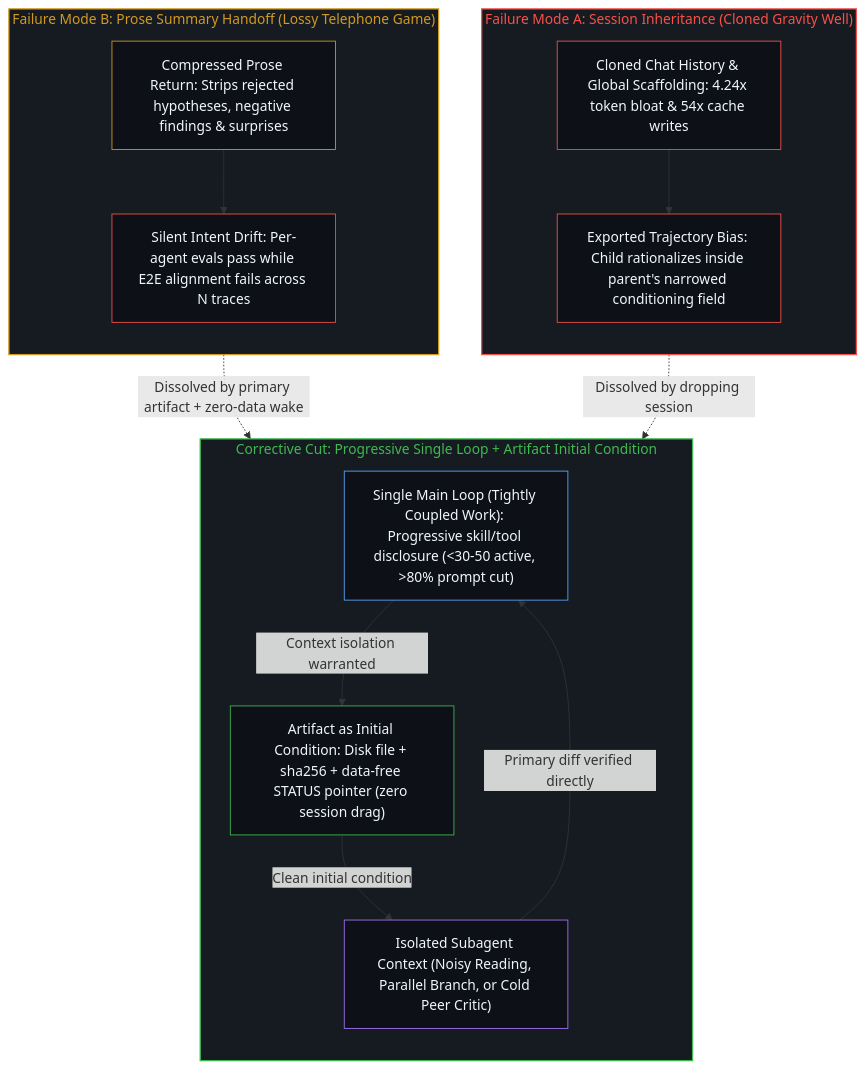
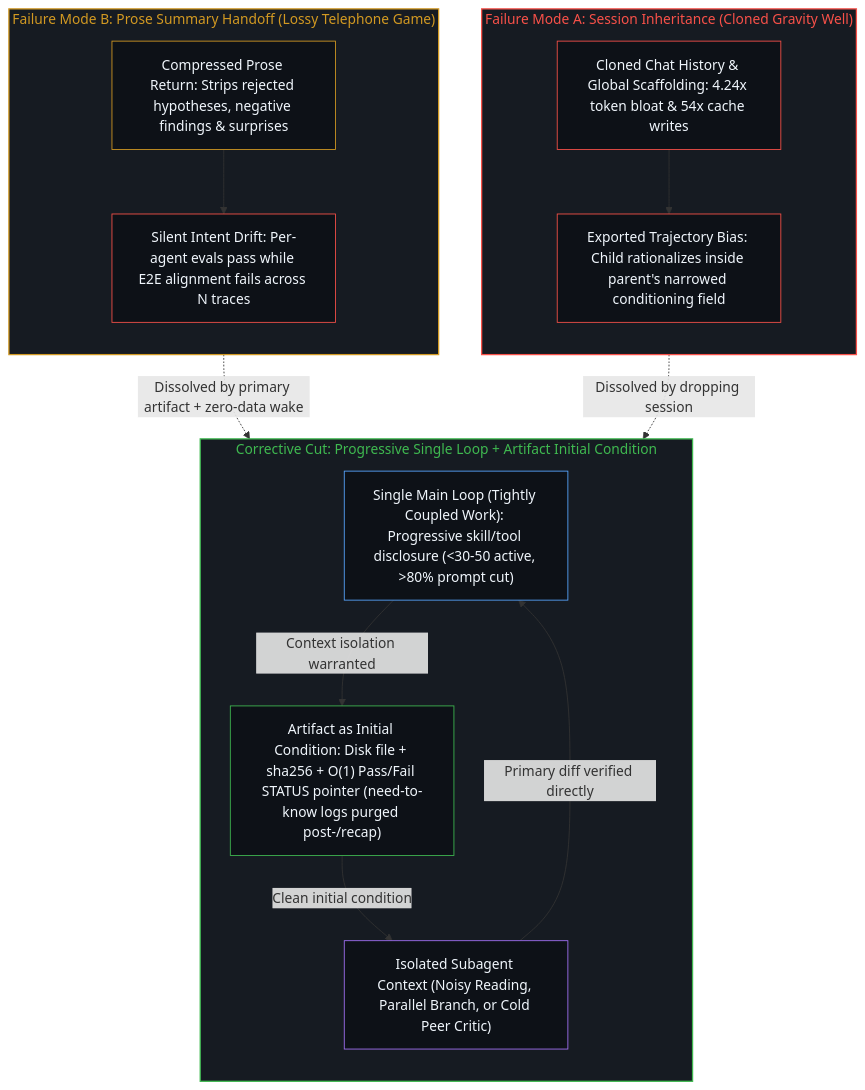
One commit to powerpig99/not-a-toe changed the second of 4 diagrams in content/posts/handing-off-residue.md. Above: the diagram before and after it, drawn with Mermaid. The commit also changed other lines of this file and 13 other files, not shown here.

Commit message:
Refine O(1) pass/fail returns, multi-layer recap escalation, and post-horizon log deletion

````diff
--- a/content/posts/handing-off-residue.md
+++ b/content/posts/handing-off-residue.md
@@ -64,36 +64,36 @@
 ```mermaid
 flowchart TD
     subgraph S_Inherit["Failure Mode A: Session Inheritance (Cloned Gravity Well)"]
         direction TB
         I_Clone["Cloned Chat History & Global Scaffolding: 4.24x token bloat & 54x cache writes"]
         I_Lock["Exported Trajectory Bias: Child rationalizes inside parent's narrowed conditioning field"]
         I_Clone --> I_Lock
     end
     subgraph S_Summary["Failure Mode B: Prose Summary Handoff (Lossy Telephone Game)"]
         direction TB
         S_Strip["Compressed Prose Return: Strips rejected hypotheses, negative findings & surprises"]
         S_Drift["Silent Intent Drift: Per-agent evals pass while E2E alignment fails across N traces"]
         S_Strip --> S_Drift
     end
     subgraph S_Artifact["Corrective Cut: Progressive Single Loop + Artifact Initial Condition"]
         direction TB
         A_Main["Single Main Loop (Tightly Coupled Work): Progressive skill/tool disclosure (<30-50 active, >80% prompt cut)"]
         A_Isolate["Isolated Subagent Context (Noisy Reading, Parallel Branch, or Cold Peer Critic)"]
-        A_File["Artifact as Initial Condition: Disk file + sha256 + data-free STATUS pointer (zero session drag)"]
+        A_File["Artifact as Initial Condition: Disk file + sha256 + O(1) Pass/Fail STATUS pointer (need-to-know logs purged post-/recap)"]
         A_Main -->|"Context isolation warranted"| A_File
         A_File -->|"Clean initial condition"| A_Isolate
         A_Isolate -->|"Primary diff verified directly"| A_Main
     end
     I_Lock -.->|"Dissolved by dropping session"| A_File
     S_Drift -.->|"Dissolved by primary artifact + zero-data wake"| A_File
     style S_Inherit fill:#161b22,stroke:#f85149,stroke-width:1.5px,color:#f85149
     style S_Summary fill:#161b22,stroke:#d29922,stroke-width:1.5px,color:#d29922
     style S_Artifact fill:#161b22,stroke:#3fb950,stroke-width:1.5px,color:#3fb950
     style I_Clone fill:#0d1117,stroke:#f85149,stroke-width:1px,color:#f0f6fc
     style I_Lock fill:#0d1117,stroke:#f85149,stroke-width:1px,color:#f0f6fc
     style S_Strip fill:#0d1117,stroke:#d29922,stroke-width:1px,color:#f0f6fc
     style S_Drift fill:#0d1117,stroke:#f85149,stroke-width:1px,color:#f0f6fc
     style A_Main fill:#0d1117,stroke:#58a6ff,stroke-width:1px,color:#f0f6fc
     style A_Isolate fill:#0d1117,stroke:#a371f7,stroke-width:1px,color:#f0f6fc
     style A_File fill:#0d1117,stroke:#3fb950,stroke-width:1px,color:#f0f6fc
 ```
````
